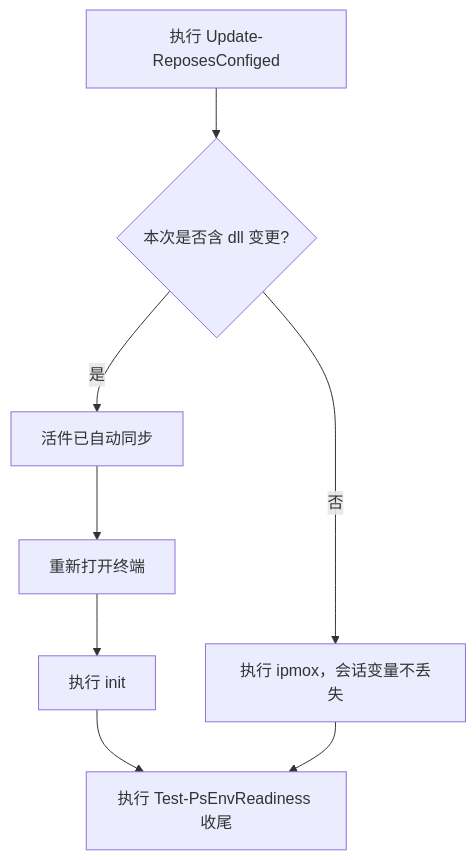
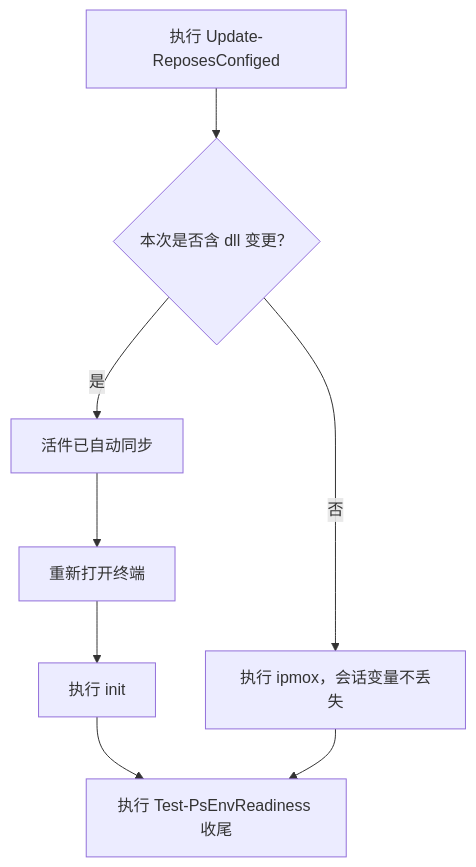
Before and after one commit to xuchaoxin1375/scripts: the diagram in readme.md, drawn with Mermaid. The commit also changed other lines of this file and 1 other file, not shown here.

````diff
--- a/readme.md
+++ b/readme.md
@@ -258,10 +253,10 @@
 ```mermaid
 flowchart TD
-    A[执行 Update-ReposesConfiged] --> B{本次是否含 dll 变更?}
-    B -->|是| C[活件已自动同步]
-    C --> D[重新打开终端]
-    D --> E[执行 init]
-    B -->|否| F[执行 ipmox，会话变量不丢失]
-    E --> G[执行 Test-PsEnvReadiness 收尾]
+    A["执行 Update-ReposesConfiged"] --> B{"本次是否含 dll 变更？"}
+    B -->|"是"| C["活件已自动同步"]
+    C --> D["重新打开终端"]
+    D --> E["执行 init"]
+    B -->|"否"| F["执行 ipmox，会话变量不丢失"]
+    E --> G["执行 Test-PsEnvReadiness 收尾"]
     F --> G
 ```
````
